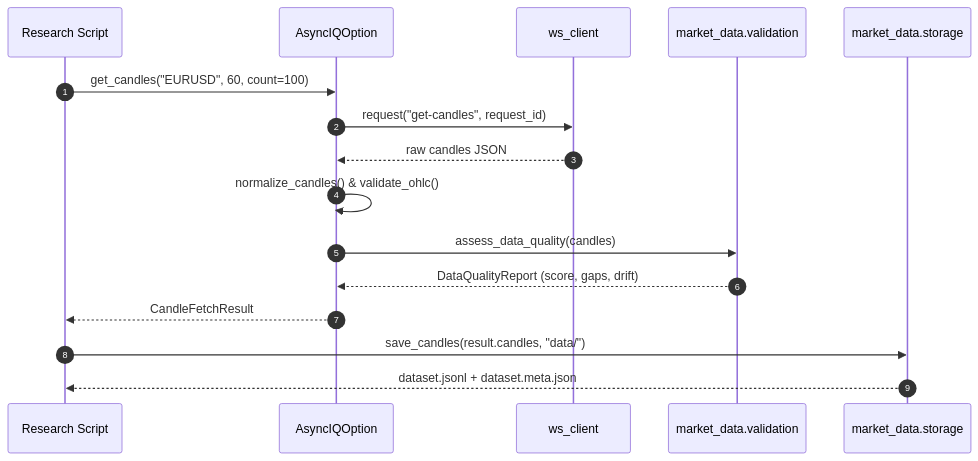
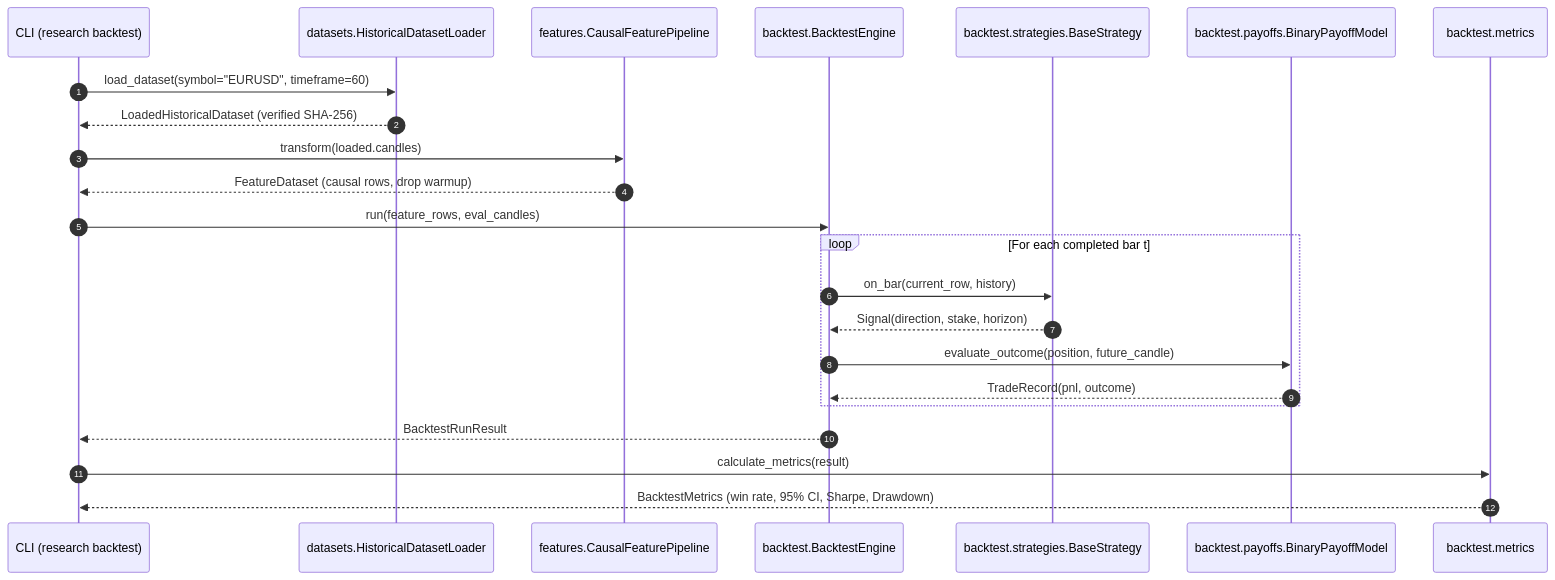
The second of 3 diagrams in ARCHITECTURE.md (elmochilyas/IqOptionBot), drawn with Mermaid before and after one commit. The commit also changed other lines of this file and 71 other files, not shown here.

````diff
--- a/ARCHITECTURE.md
+++ b/ARCHITECTURE.md
@@ -113,19 +141,26 @@
 ```mermaid
 sequenceDiagram
     autonumber
-    participant App as Research Script
-    participant Client as AsyncIQOption
-    participant WS as ws_client
-    participant Val as market_data.validation
-    participant Storage as market_data.storage
+    participant CLI as CLI (research backtest)
+    participant Loader as datasets.HistoricalDatasetLoader
+    participant Pipe as features.CausalFeaturePipeline
+    participant Engine as backtest.BacktestEngine
+    participant Strat as backtest.strategies.BaseStrategy
+    participant Payoff as backtest.payoffs.BinaryPayoffModel
+    participant Metrics as backtest.metrics
 
-    App->>Client: get_candles("EURUSD", 60, count=100)
-    Client->>WS: request("get-candles", request_id)
-    WS-->>Client: raw candles JSON
-    Client->>Client: normalize_candles() & validate_ohlc()
-    Client->>Val: assess_data_quality(candles)
-    Val-->>Client: DataQualityReport (score, gaps, drift)
-    Client-->>App: CandleFetchResult
-    App->>Storage: save_candles(result.candles, "data/")
-    Storage-->>App: dataset.jsonl + dataset.meta.json
+    CLI->>Loader: load_dataset(symbol="EURUSD", timeframe=60)
+    Loader-->>CLI: LoadedHistoricalDataset (verified SHA-256)
+    CLI->>Pipe: transform(loaded.candles)
+    Pipe-->>CLI: FeatureDataset (causal rows, drop warmup)
+    CLI->>Engine: run(feature_rows, eval_candles)
+    loop For each completed bar t
+        Engine->>Strat: on_bar(current_row, history)
+        Strat-->>Engine: Signal(direction, stake, horizon)
+        Engine->>Payoff: evaluate_outcome(position, future_candle)
+        Payoff-->>Engine: TradeRecord(pnl, outcome)
+    end
+    Engine-->>CLI: BacktestRunResult
+    CLI->>Metrics: calculate_metrics(result)
+    Metrics-->>CLI: BacktestMetrics (win rate, 95% CI, Sharpe, Drawdown)
 ```
````
